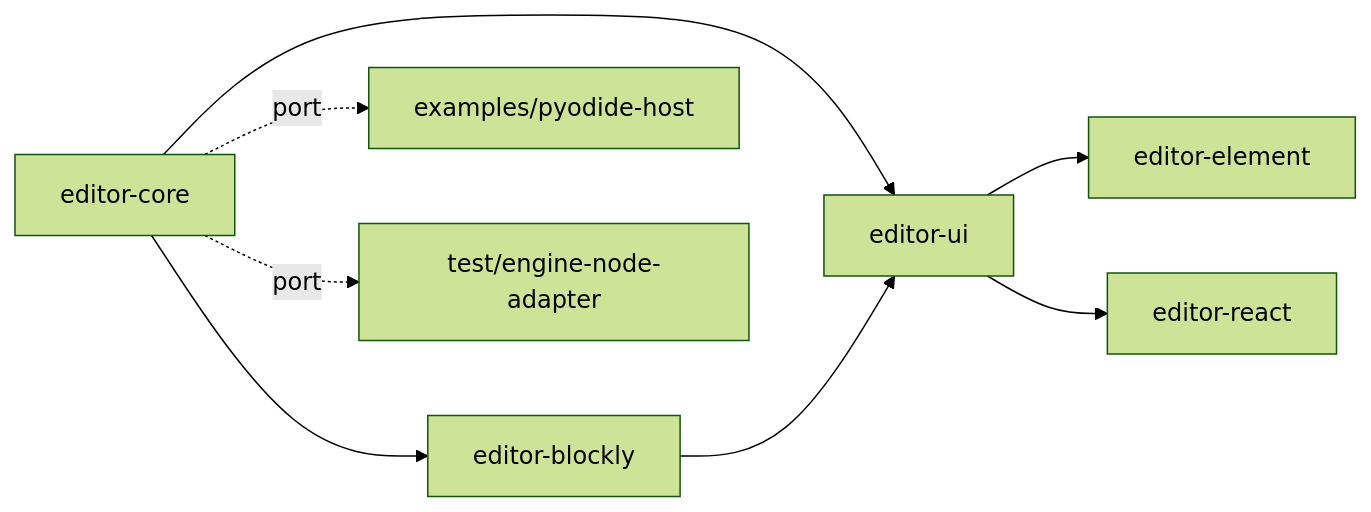
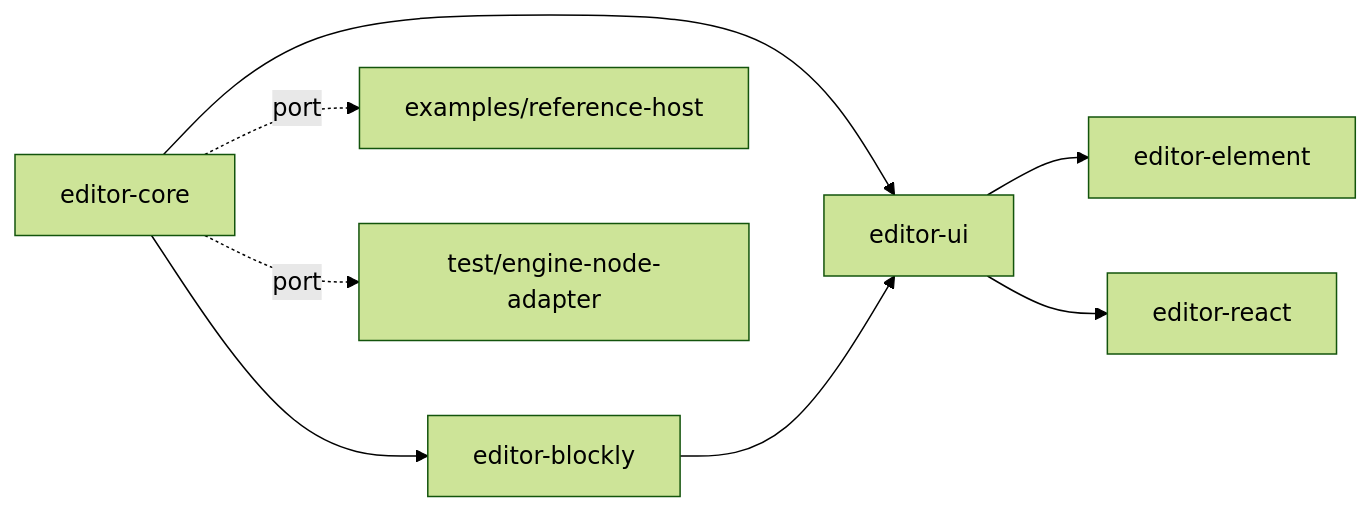
Before and after one commit to transon-org/transon-blockly: the third of 9 diagrams in docs/ARCHITECTURE.md, drawn with Mermaid (forest theme). The commit also changed other lines of this file and 4 other files, not shown here.

````diff
--- a/docs/ARCHITECTURE.md
+++ b/docs/ARCHITECTURE.md
@@ -222,10 +286,10 @@
 ```mermaid
 flowchart LR
     CORE["editor-core"] --> BLK["editor-blockly"]
     CORE --> UI["editor-ui"]
     BLK --> UI
     UI --> EL["editor-element"]
     UI --> RX["editor-react"]
-    CORE -.port.-> PH["examples/pyodide-host"]
+    CORE -.port.-> PH["examples/reference-host"]
     CORE -.port.-> NA["test/engine-node-adapter"]
 ```
````
